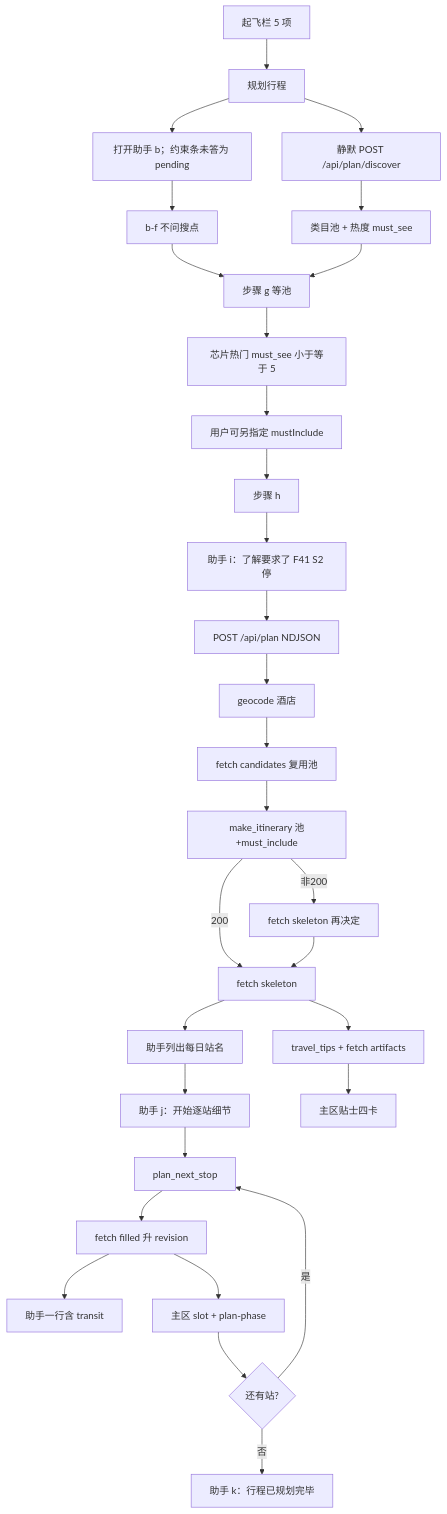
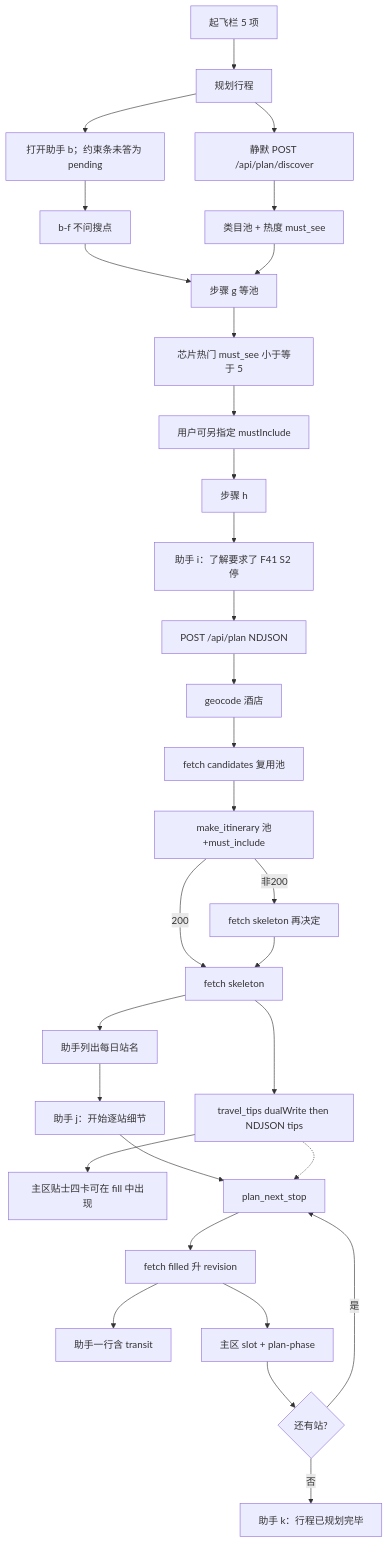
The second of 2 diagrams in specs/2play-specs/2play-design.md (ethanhuangcst/places.workspace), drawn with Mermaid before and after one commit. The commit also changed other lines of this file and 17 other files, not shown here.

````diff
--- a/specs/2play-specs/2play-design.md
+++ b/specs/2play-specs/2play-design.md
@@ -1355,32 +1349,33 @@
 ```mermaid
 flowchart TD
   A[起飞栏 5 项] --> B[规划行程]
   B --> C[打开助手 b；约束条未答为 pending]
   B --> D[静默 POST /api/plan/discover]
   C --> H[b-f 不问搜点]
   D --> E[类目池 + 热度 must_see]
   H --> I[步骤 g 等池]
   E --> I
   I --> I2[芯片热门 must_see 小于等于 5]
   I2 --> J[用户可另指定 mustInclude]
   J --> K[步骤 h]
   K --> L[助手 i：了解要求了 F41 S2 停]
   L --> M[POST /api/plan NDJSON]
   M --> N[geocode 酒店]
   N --> O[fetch candidates 复用池]
   O --> P[make_itinerary 池+must_include]
   P -->|非200| P1[fetch skeleton 再决定]
   P -->|200| Q[fetch skeleton]
   P1 --> Q
   Q --> R[助手列出每日站名]
   R --> S[助手 j：开始逐站细节]
-  Q --> T[travel_tips + fetch artifacts]
-  T --> U[主区贴士四卡]
+  Q --> T[travel_tips dualWrite then NDJSON tips]
+  T --> U[主区贴士四卡可在 fill 中出现]
   S --> V[plan_next_stop]
+  T -.-> V
   V --> W[fetch filled 升 revision]
   W --> X[助手一行含 transit]
   W --> Y[主区 slot + plan-phase]
   Y --> Z{还有站?}
   Z -->|是| V
   Z -->|否| AA[助手 k：行程已规划完毕]
 ```
````
